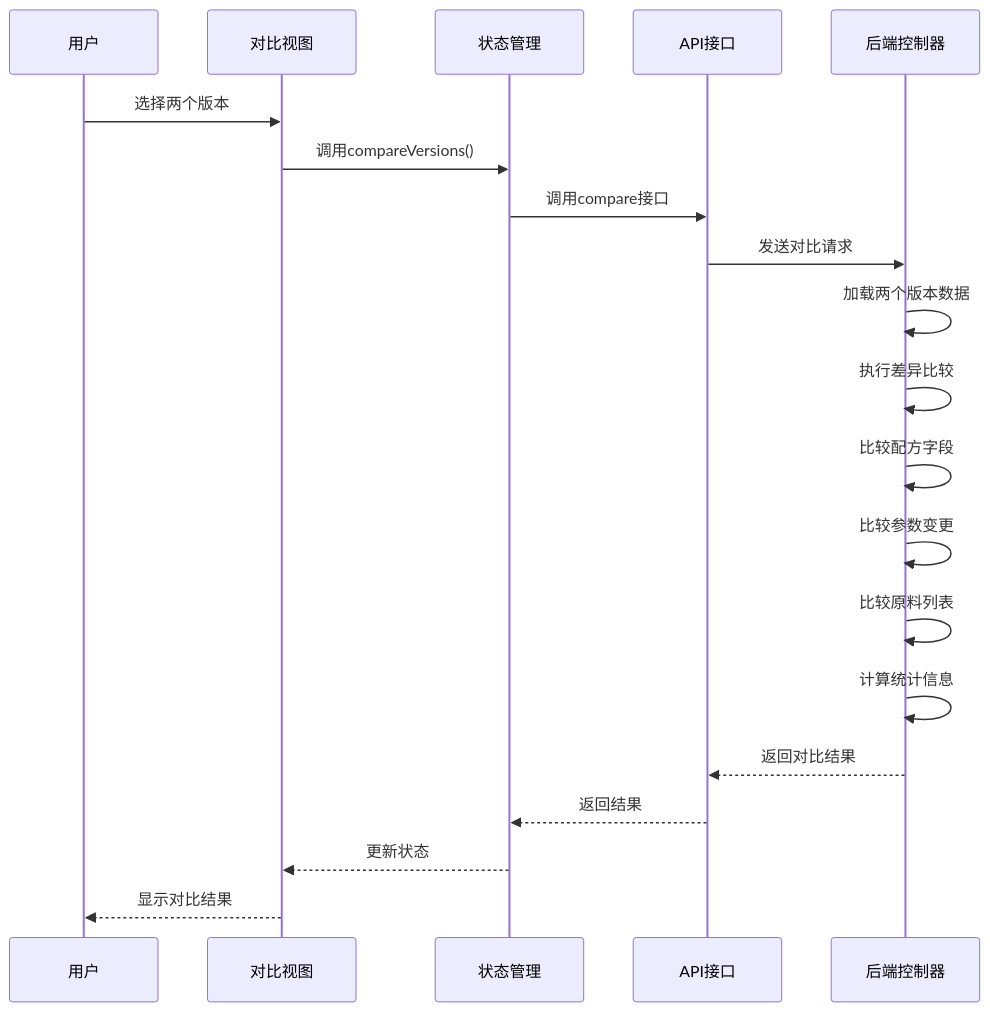
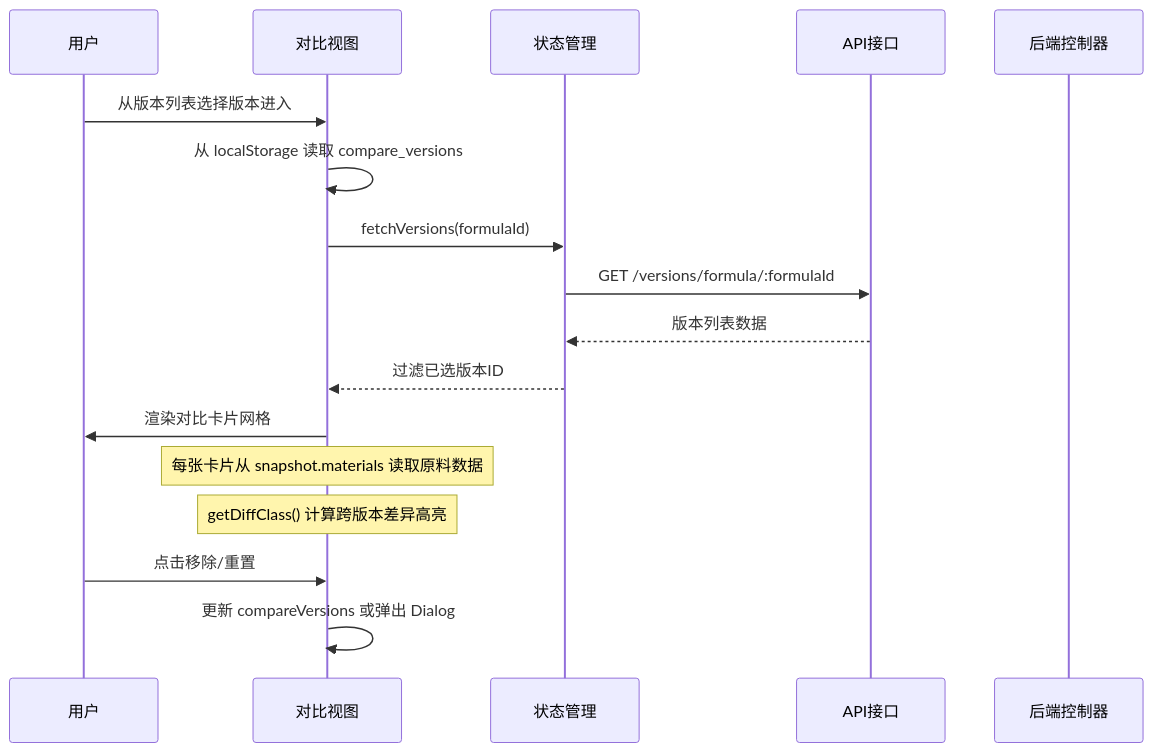
Before and after one commit to xpretycn/TingStudio: the tenth of 18 diagrams in .qoder/repowiki/zh/content/核心功能模块/版本控制系统/版本控制系统.md, drawn with Mermaid. The commit also changed other lines of this file and 14 other files, not shown here.

````diff
--- a/.qoder/repowiki/zh/content/核心功能模块/版本控制系统/版本控制系统.md
+++ b/.qoder/repowiki/zh/content/核心功能模块/版本控制系统/版本控制系统.md
@@ -427,22 +482,19 @@
 ```mermaid
 sequenceDiagram
 participant User as 用户
 participant CompareView as 对比视图
 participant Store as 状态管理
 participant API as API接口
 participant Controller as 后端控制器
-User->>CompareView : 选择两个版本
-CompareView->>Store : 调用compareVersions()
-Store->>API : 调用compare接口
-API->>Controller : 发送对比请求
-Controller->>Controller : 加载两个版本数据
-Controller->>Controller : 执行差异比较
-Controller->>Controller : 比较配方字段
-Controller->>Controller : 比较参数变更
-Controller->>Controller : 比较原料列表
-Controller->>Controller : 计算统计信息
-Controller-->>API : 返回对比结果
-API-->>Store : 返回结果
-Store-->>CompareView : 更新状态
-CompareView-->>User : 显示对比结果
+User->>CompareView : 从版本列表选择版本进入
+CompareView->>CompareView : 从 localStorage 读取 compare_versions
+CompareView->>Store : fetchVersions(formulaId)
+Store->>API : GET /versions/formula/:formulaId
+API-->>Store : 版本列表数据
+Store-->>CompareView : 过滤已选版本ID
+CompareView->>User : 渲染对比卡片网格
+Note over CompareView: 每张卡片从 snapshot.materials 读取原料数据
+Note over CompareView: getDiffClass() 计算跨版本差异高亮
+User->>CompareView : 点击移除/重置
+CompareView->>CompareView : 更新 compareVersions 或弹出 Dialog
 ```
````
